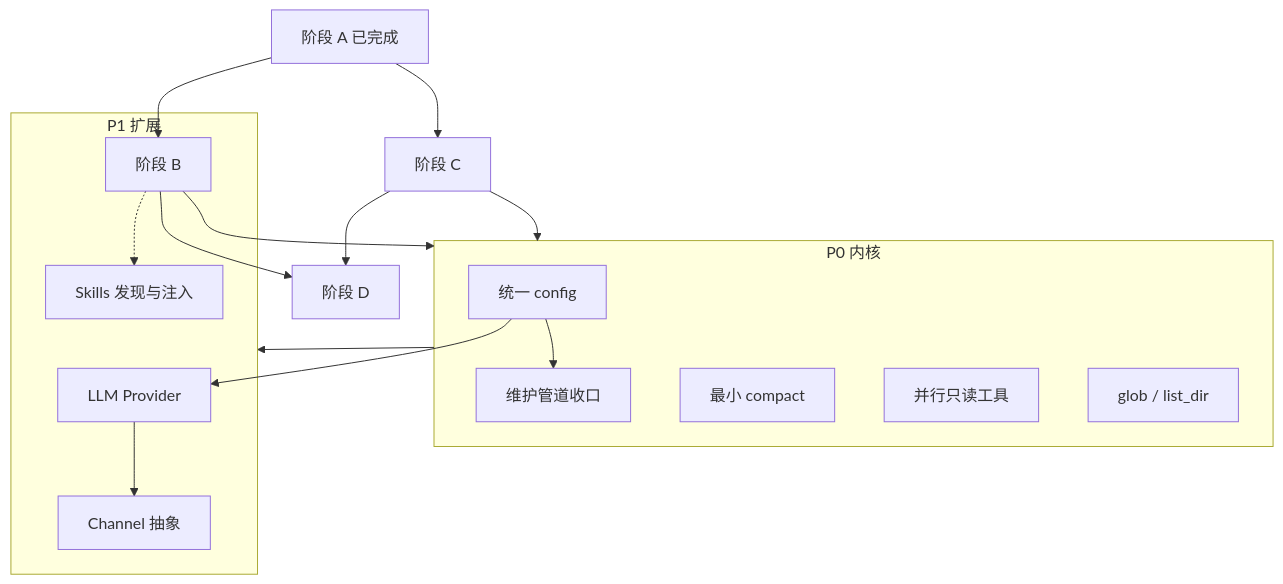
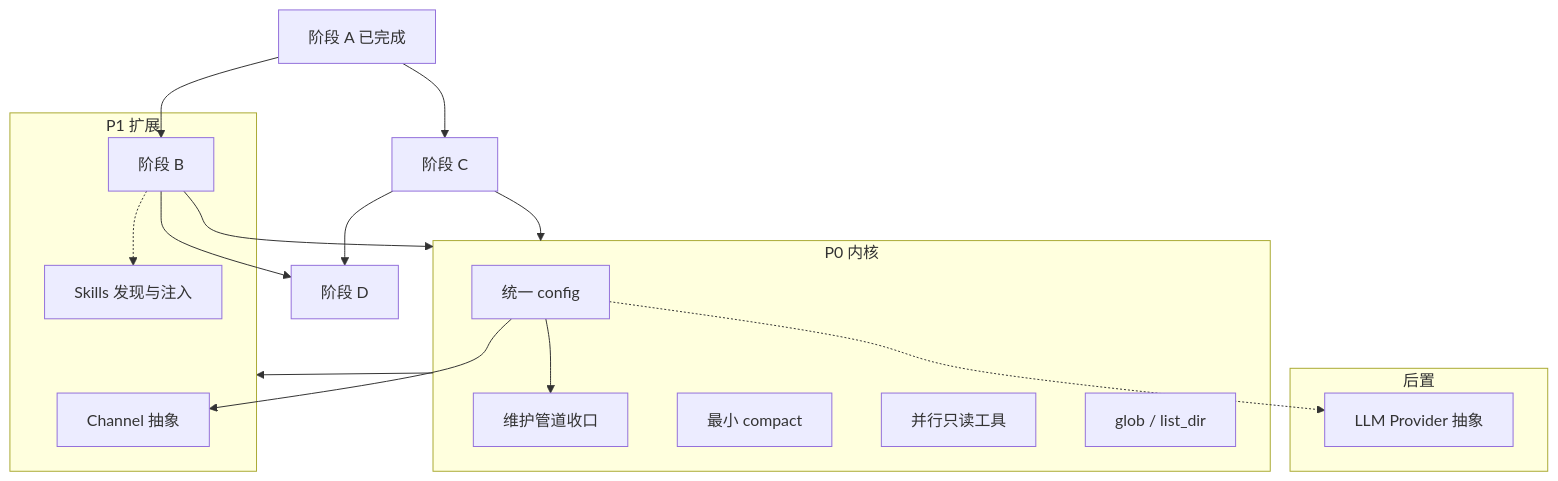
Before and after one commit to lengzhao/oneclaw: the diagram in docs/todo.md, drawn with Mermaid. The commit also changed other lines of this file and 35 other files, not shown here.

````diff
--- a/docs/todo.md
+++ b/docs/todo.md
@@ -164,26 +165,28 @@
 ```mermaid
 flowchart TB
   subgraph P0["P0 内核"]
     CFG[统一 config]
     MAINT[维护管道收口]
     CMP[最小 compact]
     PAR[并行只读工具]
     GLOB[glob / list_dir]
     CFG --> MAINT
   end
   subgraph P1["P1 扩展"]
-    LLM[LLM Provider]
     CH[Channel 抽象]
     SK[Skills 发现与注入]
-    CFG --> LLM
-    LLM --> CH
+    CFG --> CH
     B -.-> SK
   end
+  subgraph POST["后置"]
+    LLM[LLM Provider 抽象]
+  end
+  CFG -.-> LLM
   A[阶段 A 已完成] --> B[阶段 B]
   A --> C[阶段 C]
   B --> P0
   C --> P0
   P0 --> P1
   B --> D[阶段 D]
   C --> D
 ```
````
